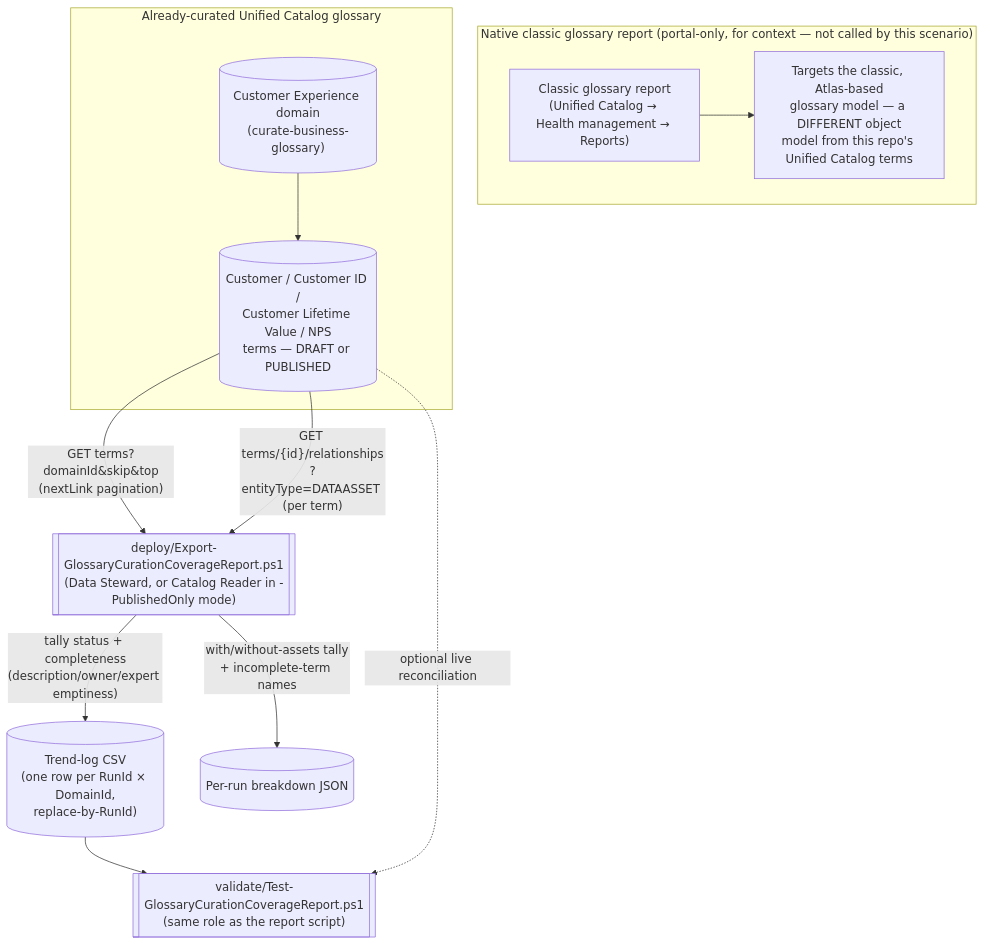
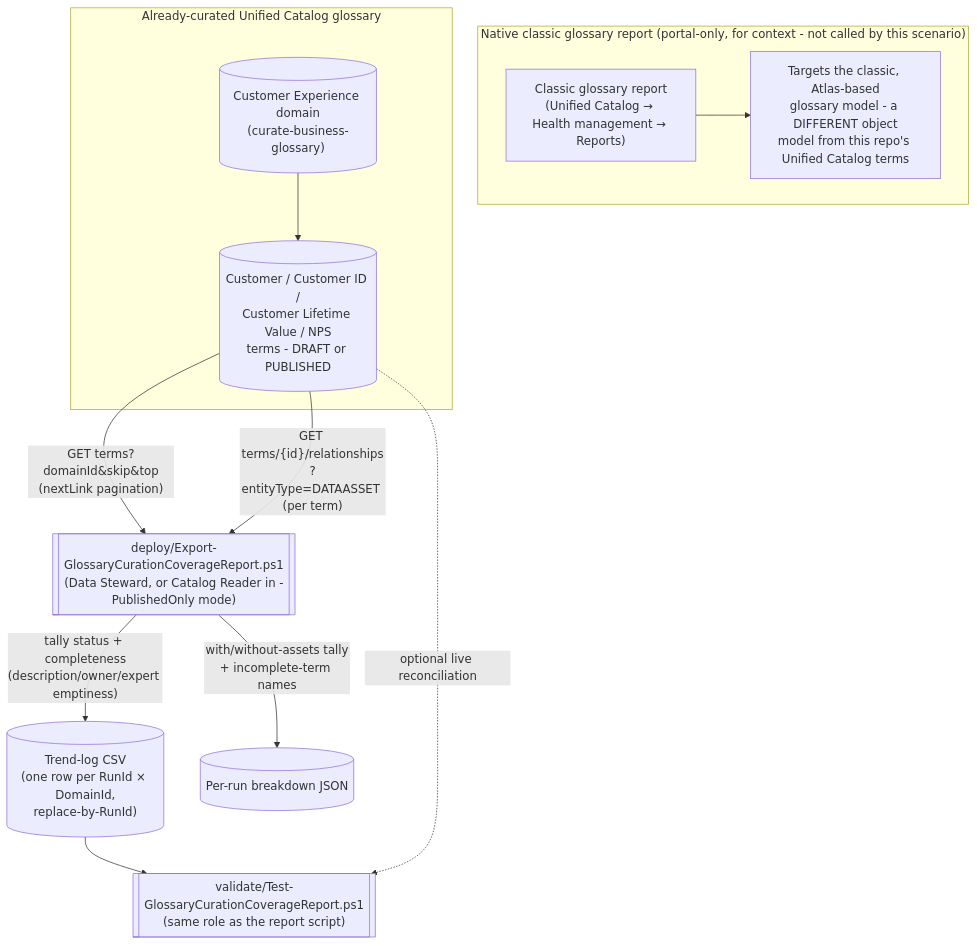
The diagram in scenarios/data-estate-insights/glossary-curation-coverage-report/README.md (kpsec1/purview-scenario-library), drawn with Mermaid before and after one commit. The commit also changed other lines of this file and 451 other files, not shown here.

````diff
--- a/scenarios/data-estate-insights/glossary-curation-coverage-report/README.md
+++ b/scenarios/data-estate-insights/glossary-curation-coverage-report/README.md
@@ -68,24 +68,24 @@
 ```mermaid
 flowchart TD
-    subgraph Native["Native classic glossary report (portal-only, for context — not called by this scenario)"]
+    subgraph Native["Native classic glossary report (portal-only, for context - not called by this scenario)"]
         Insights["Classic glossary report<br/>(Unified Catalog → Health management → Reports)"]
-        ClassicModel["Targets the classic, Atlas-based<br/>glossary model — a DIFFERENT object<br/>model from this repo's Unified Catalog terms"]
+        ClassicModel["Targets the classic, Atlas-based<br/>glossary model - a DIFFERENT object<br/>model from this repo's Unified Catalog terms"]
         Insights --> ClassicModel
     end
 
     subgraph Curated["Already-curated Unified Catalog glossary"]
         Domain[("Customer Experience domain<br/>(curate-business-glossary)")]
-        Terms[("Customer / Customer ID /<br/>Customer Lifetime Value / NPS<br/>terms — DRAFT or PUBLISHED")]
+        Terms[("Customer / Customer ID /<br/>Customer Lifetime Value / NPS<br/>terms - DRAFT or PUBLISHED")]
         Domain --> Terms
     end
 
     Report[["deploy/Export-GlossaryCurationCoverageReport.ps1<br/>(Data Steward, or Catalog Reader in -PublishedOnly mode)"]]
     Terms -- "GET terms?domainId&skip&top<br/>(nextLink pagination)" --> Report
     Report -- "tally status + completeness<br/>(description/owner/expert emptiness)" --> Trend[("Trend-log CSV<br/>(one row per RunId × DomainId,<br/>replace-by-RunId)")]
     Terms -- "GET terms/{id}/relationships<br/>?entityType=DATAASSET (per term)" --> Report
     Report -- "with/without-assets tally<br/>+ incomplete-term names" --> Breakdown[("Per-run breakdown JSON")]
 
     Validator[["validate/Test-GlossaryCurationCoverageReport.ps1<br/>(same role as the report script)"]]
     Trend --> Validator
     Terms -. "optional live reconciliation" .-> Validator
 ```
````
